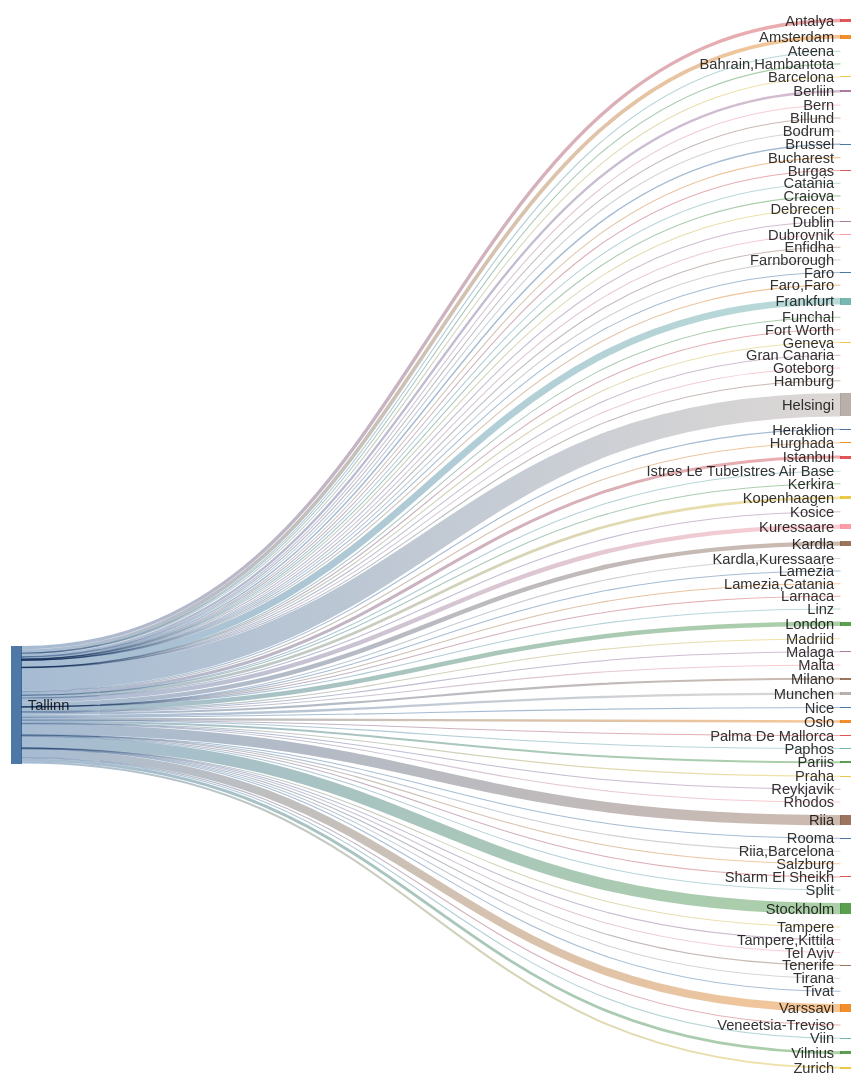
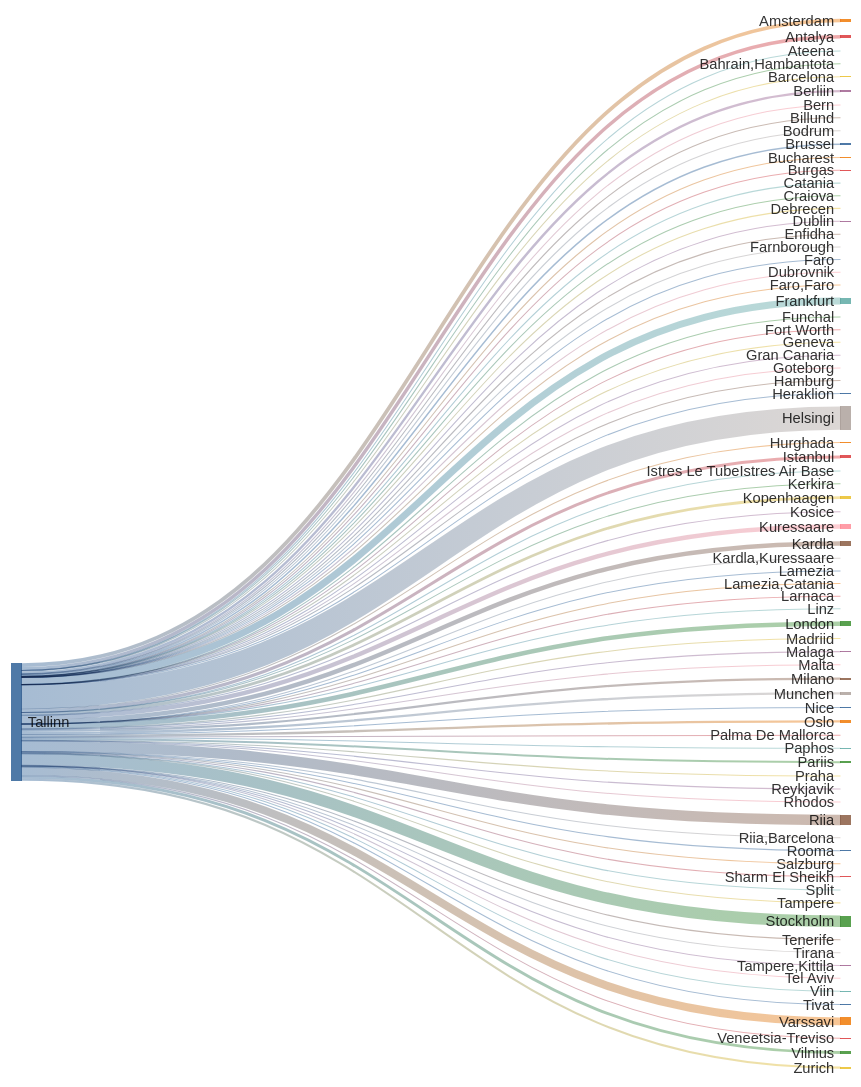
The second of 2 diagrams in README.md (rainermesi/tll-airport-departures), drawn with Mermaid before and after one commit. The commit also changed other lines of this file and 1 other file, not shown here.

````diff
--- a/README.md
+++ b/README.md
@@ -41,18 +41,18 @@
 ---
 sankey-beta
 %% source,target,value
-Tallinn,Amsterdam,451
-Tallinn,Antalya,414
+Tallinn,Amsterdam,453
+Tallinn,Antalya,416
 Tallinn,Ateena,16
 Tallinn,"Bahrain,Hambantota",1
-Tallinn,Barcelona,125
+Tallinn,Barcelona,127
 Tallinn,Berliin,288
 Tallinn,Bern,1
-Tallinn,Billund,72
+Tallinn,Billund,73
 Tallinn,Bodrum,11
 Tallinn,Brussel,178
 Tallinn,Bucharest,1
-Tallinn,Burgas,52
+Tallinn,Burgas,53
 Tallinn,Catania,2
 Tallinn,Craiova,1
 Tallinn,Debrecen,1
@@ -63,59 +63,59 @@
 Tallinn,Faro,4
 Tallinn,"Faro,Faro",1
 Tallinn,Fort Worth,1
-Tallinn,Frankfurt,831
+Tallinn,Frankfurt,834
 Tallinn,Funchal,5
 Tallinn,Geneva,13
 Tallinn,Gran Canaria,38
 Tallinn,Goteborg,2
 Tallinn,Hamburg,2
-Tallinn,Helsingi,2809
-Tallinn,Heraklion,90
+Tallinn,Helsingi,2817
+Tallinn,Heraklion,91
 Tallinn,Hurghada,75
-Tallinn,Istanbul,367
+Tallinn,Istanbul,368
 Tallinn,Istres Le TubeIstres Air Base,2
 Tallinn,Kerkira,4
 Tallinn,Kopenhaagen,334
 Tallinn,Kosice,1
-Tallinn,Kuressaare,534
-Tallinn,Kardla,536
+Tallinn,Kuressaare,535
+Tallinn,Kardla,537
 Tallinn,"Kardla,Kuressaare",1
 Tallinn,Lamezia,1
 Tallinn,"Lamezia,Catania",3
 Tallinn,Larnaca,4
 Tallinn,Linz,2
-Tallinn,London,553
+Tallinn,London,554
 Tallinn,Madriid,2
-Tallinn,Malaga,112
-Tallinn,Malta,26
+Tallinn,Malaga,113
+Tallinn,Malta,27
 Tallinn,Milano,267
 Tallinn,Munchen,281
 Tallinn,Nice,47
 Tallinn,Oslo,286
-Tallinn,Palma De Mallorca,30
+Tallinn,Palma De Mallorca,31
 Tallinn,Paphos,66
 Tallinn,Pariis,242
 Tallinn,Praha,79
-Tallinn,Reykjavik,15
+Tallinn,Reykjavik,16
 Tallinn,Rhodos,55
-Tallinn,Riia,1262
+Tallinn,Riia,1266
 Tallinn,"Riia,Barcelona",1
 Tallinn,Rooma,80
 Tallinn,Salzburg,14
 Tallinn,Sharm El Sheikh,101
 Tallinn,Split,48
-Tallinn,Stockholm,1383
+Tallinn,Stockholm,1387
 Tallinn,Tampere,17
 Tallinn,"Tampere,Kittila",21
 Tallinn,Tel Aviv,2
 Tallinn,Tenerife,58
 Tallinn,Tirana,29
 Tallinn,Tivat,59
-Tallinn,Varssavi,969
+Tallinn,Varssavi,972
 Tallinn,Veneetsia-Treviso,67
 Tallinn,Viin,106
 Tallinn,Vilnius,350
-Tallinn,Zurich,247
+Tallinn,Zurich,248
 
 
 ```
````
